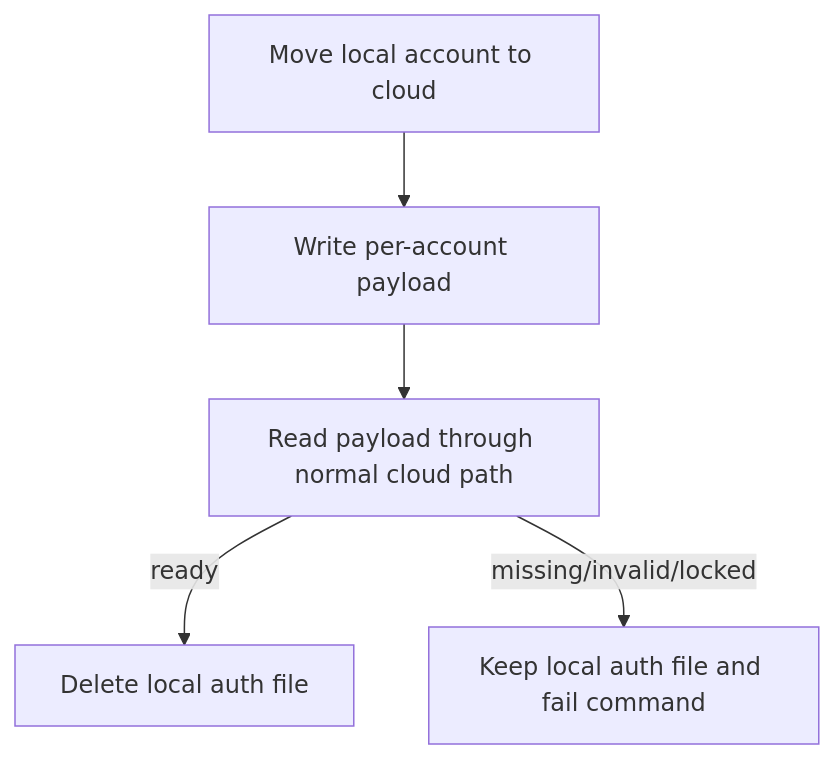
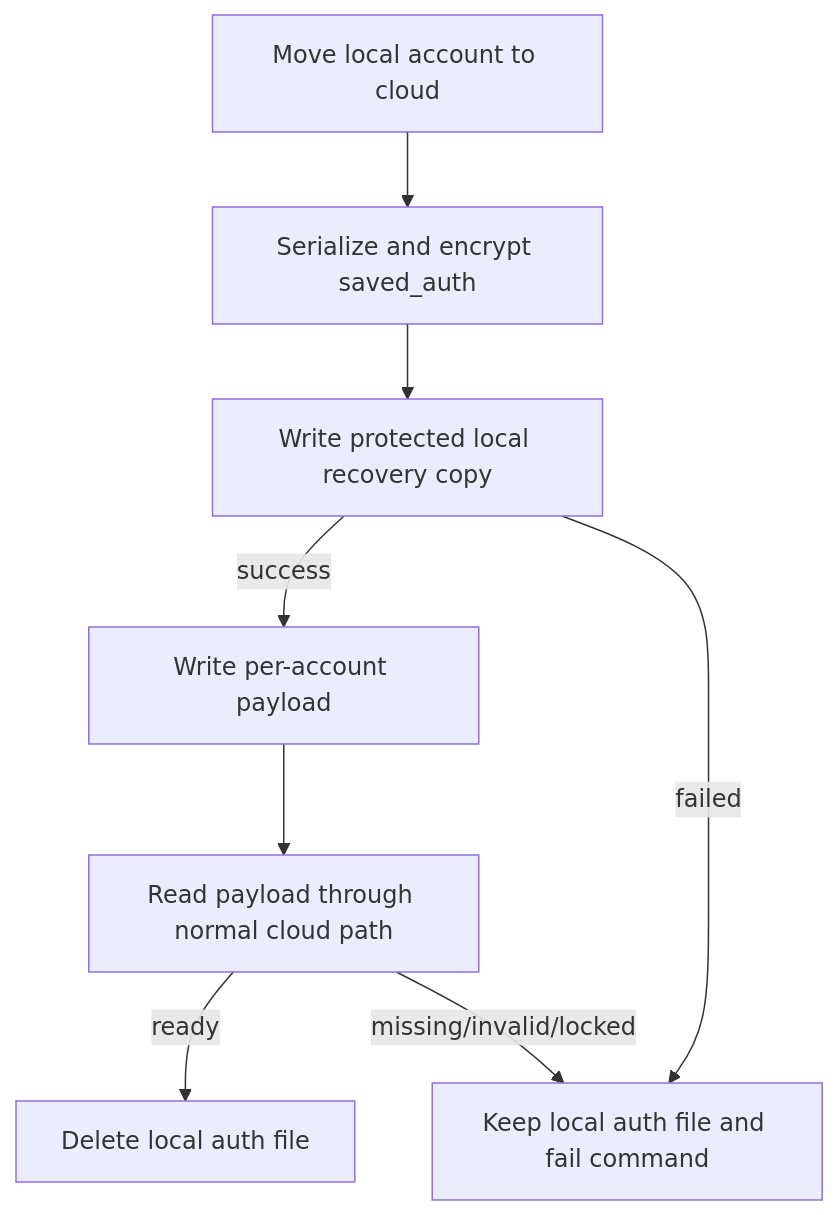
The second of 3 diagrams in docs/architectures/synced-cloud-state.md (jqknono/codex-account-switch), drawn with Mermaid before and after one commit. The commit also changed other lines of this file and 9 other files, not shown here.

First line of the commit message:
feat(vscode): add local recovery backups for cloud accounts

````diff
--- a/docs/architectures/synced-cloud-state.md
+++ b/docs/architectures/synced-cloud-state.md
@@ -24,7 +28,10 @@
 ```mermaid
 flowchart TD
-  A[Move local account to cloud] --> B[Write per-account payload]
-  B --> C[Read payload through normal cloud path]
-  C -->|ready| D[Delete local auth file]
-  C -->|missing/invalid/locked| E[Keep local auth file and fail command]
+  A[Move local account to cloud] --> B[Serialize and encrypt saved_auth]
+  B --> C[Write protected local recovery copy]
+  C -->|success| D[Write per-account payload]
+  C -->|failed| E[Keep local auth file and fail command]
+  D --> F[Read payload through normal cloud path]
+  F -->|ready| G[Delete local auth file]
+  F -->|missing/invalid/locked| E
 ```
````
